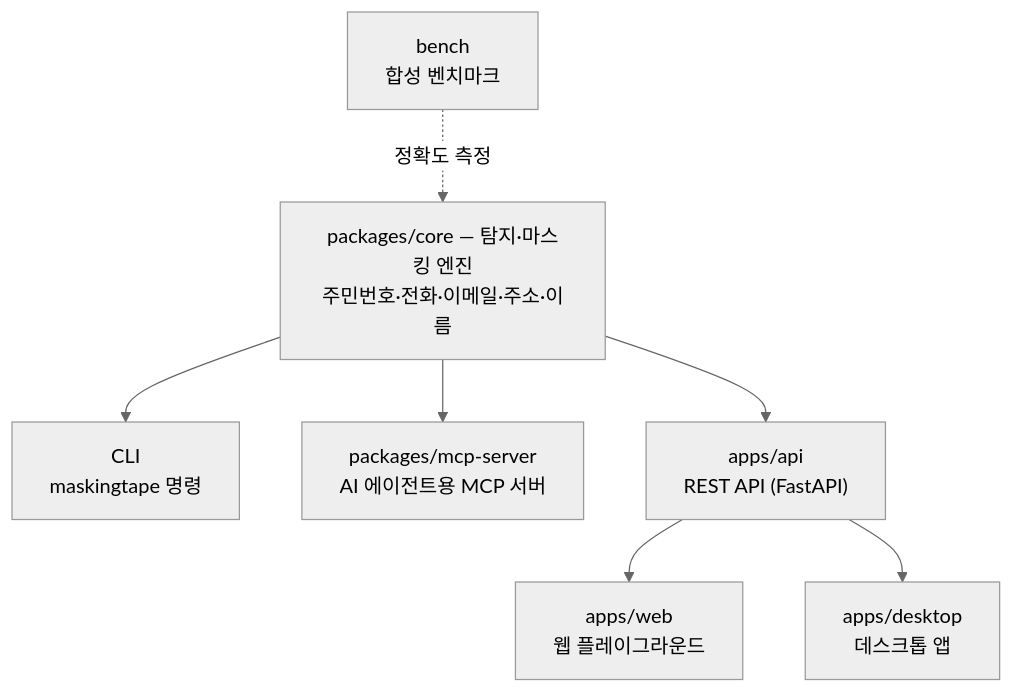
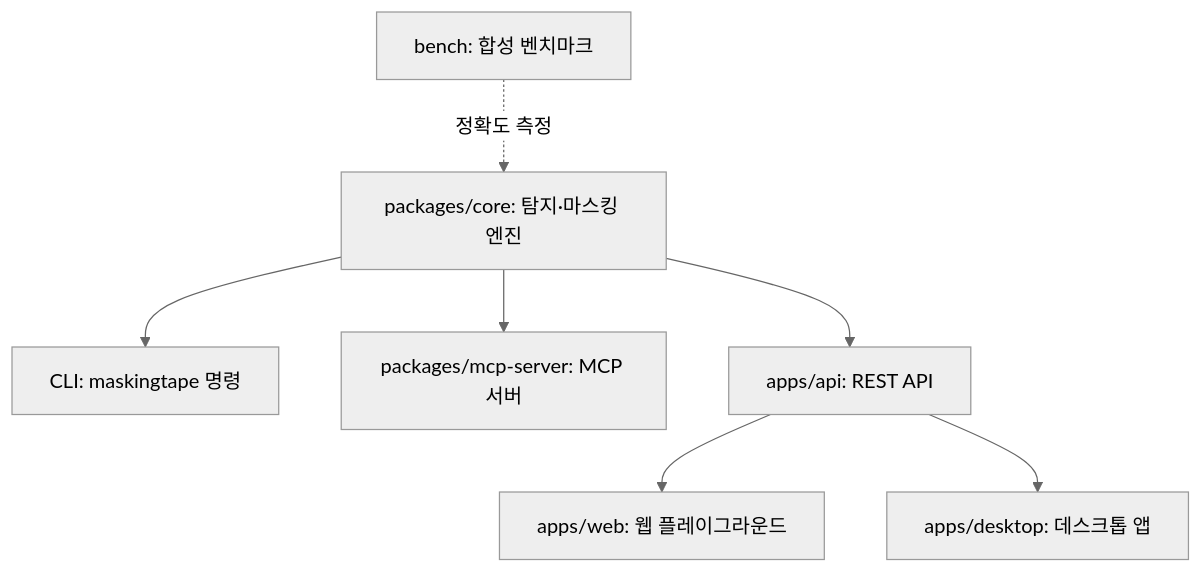
Before and after one commit to ChoHyeonChan/maskingtape: the diagram in README.md, drawn with Mermaid (neutral theme).

Commit message:
docs: mermaid 라벨의 <br/> 제거 — GitHub 렌더링 깨짐 수정
렌더된 README를 브라우저로 확인한 결과 다이어그램이 그려지지 않았다. 원인은
노드 라벨의 <br/> — GitHub mermaid가 이를 처리 못 해 "엔진주민번호"처럼 텍스트가
붙고 전체 렌더가 깨졌다(스냅샷으로 확인). 줄바꿈을 없애고 "파트: 설명" 한 줄
라벨로 바꿨다. 점선 화살표도 표준 문법(-.->|라벨|)으로 정리.

````diff
--- a/README.md
+++ b/README.md
@@ -79,10 +79,10 @@
 ```mermaid
 flowchart TD
-    core["packages/core — 탐지·마스킹 엔진<br/>주민번호·전화·이메일·주소·이름"]
-    core --> cli["CLI<br/>maskingtape 명령"]
-    core --> mcp["packages/mcp-server<br/>AI 에이전트용 MCP 서버"]
-    core --> api["apps/api<br/>REST API (FastAPI)"]
-    api --> web["apps/web<br/>웹 플레이그라운드"]
-    api --> desktop["apps/desktop<br/>데스크톱 앱"]
-    bench["bench<br/>합성 벤치마크"] -. 정확도 측정 .-> core
+    core["packages/core: 탐지·마스킹 엔진"]
+    core --> cli["CLI: maskingtape 명령"]
+    core --> mcp["packages/mcp-server: MCP 서버"]
+    core --> api["apps/api: REST API"]
+    api --> web["apps/web: 웹 플레이그라운드"]
+    api --> desktop["apps/desktop: 데스크톱 앱"]
+    bench["bench: 합성 벤치마크"] -.->|정확도 측정| core
 ```
````
